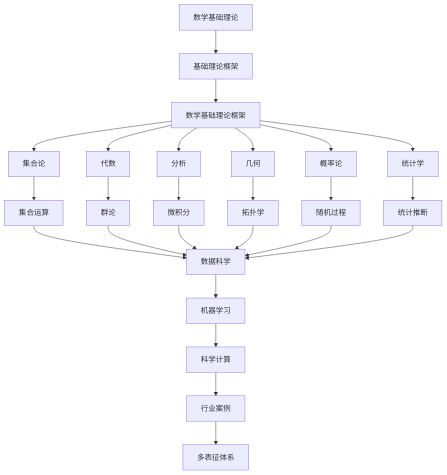
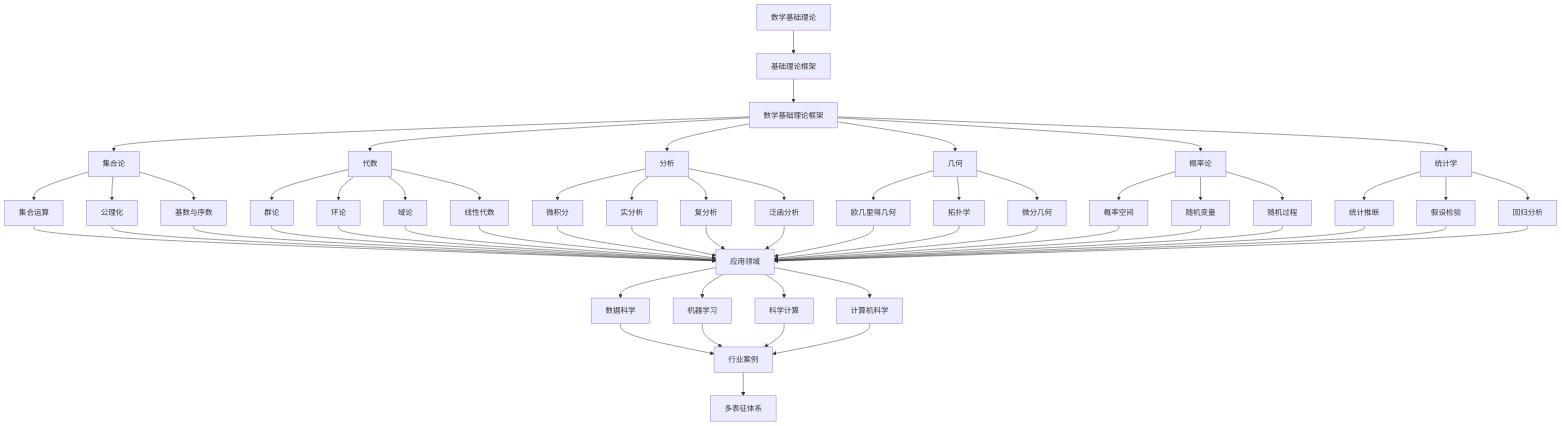
Before and after one commit to AdaMartin18010/Data-Science: the diagram in Analysis/2-形式科学理论/2.7-数学基础理论/README.md, drawn with Mermaid. The commit also changed other lines of this file and 40 other files, not shown here.

````diff
--- a/Analysis/2-形式科学理论/2.7-数学基础理论/README.md
+++ b/Analysis/2-形式科学理论/2.7-数学基础理论/README.md
@@ -21,22 +290,46 @@
 ```mermaid
 flowchart TD
   A[数学基础理论] --> B[基础理论框架]
   B --> C[数学基础理论框架]
   C --> D[集合论]
   C --> E[代数]
   C --> F[分析]
   C --> G[几何]
   C --> H[概率论]
   C --> I[统计学]
+
   D --> J[集合运算]
-  E --> K[群论]
-  F --> L[微积分]
-  G --> M[拓扑学]
-  H --> N[随机过程]
-  I --> O[统计推断]
-  J & K & L & M & N & O --> P[数据科学]
-  P --> Q[机器学习]
-  Q --> R[科学计算]
-  R --> S[行业案例]
-  S --> T[多表征体系]
+  D --> K[公理化]
+  D --> L[基数与序数]
+
+  E --> M[群论]
+  E --> N[环论]
+  E --> O[域论]
+  E --> P[线性代数]
+
+  F --> Q[微积分]
+  F --> R[实分析]
+  F --> S[复分析]
+  F --> T[泛函分析]
+
+  G --> U[欧几里得几何]
+  G --> V[拓扑学]
+  G --> W[微分几何]
+
+  H --> X[概率空间]
+  H --> Y[随机变量]
+  H --> Z[随机过程]
+
+  I --> AA[统计推断]
+  I --> AB[假设检验]
+  I --> AC[回归分析]
+
+  J & K & L & M & N & O & P & Q & R & S & T & U & V & W & X & Y & Z & AA & AB & AC --> AD[应用领域]
+  AD --> AE[数据科学]
+  AD --> AF[机器学习]
+  AD --> AG[科学计算]
+  AD --> AH[计算机科学]
+
+  AE & AF & AG & AH --> AI[行业案例]
+  AI --> AJ[多表征体系]
 ```
````
